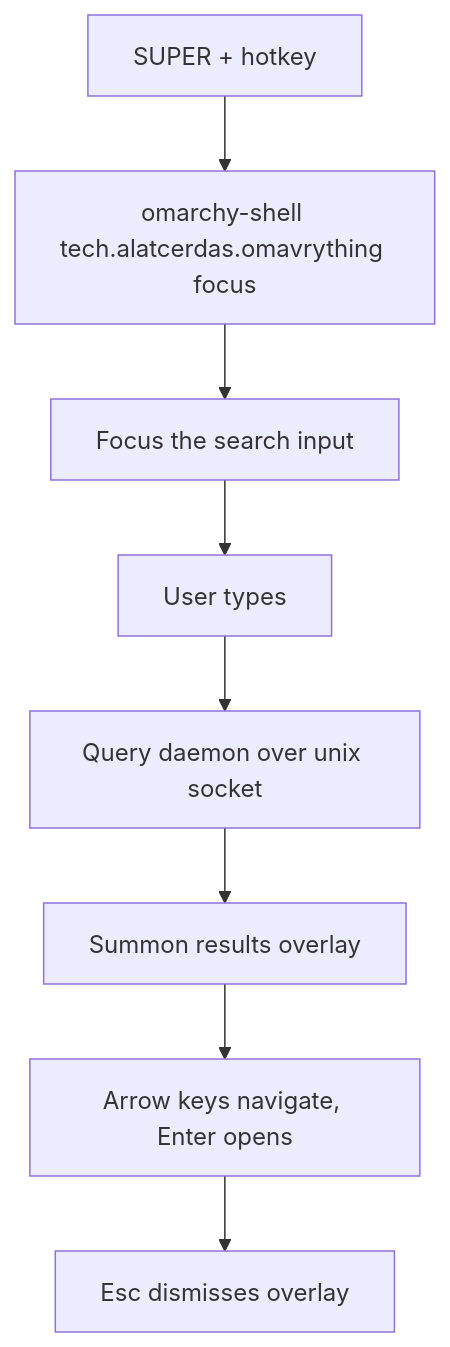
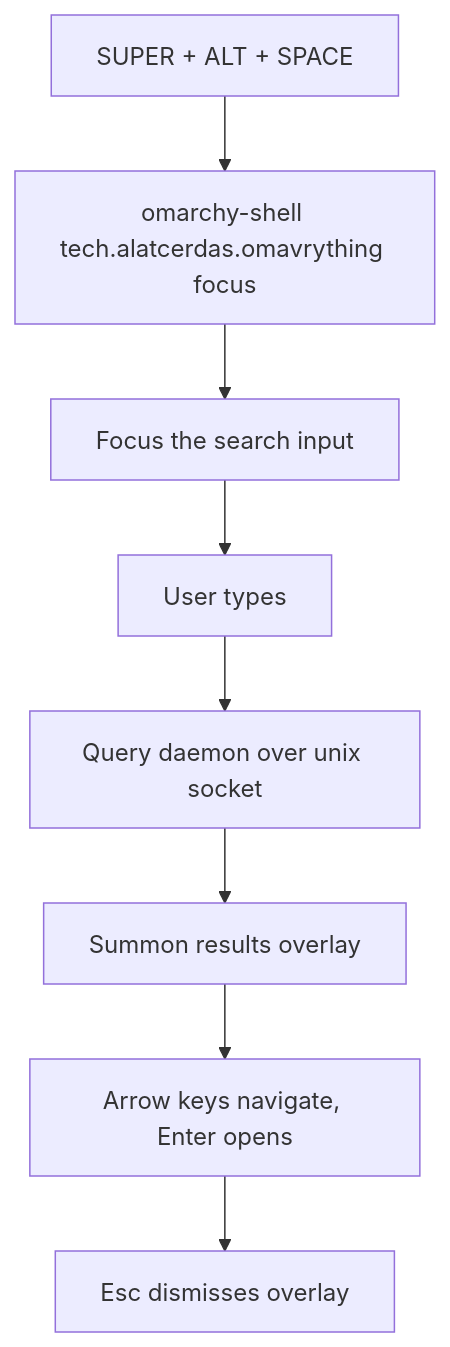
The fifth of 5 diagrams in docs/architecture.md (brrrassica/omavrything), drawn with Mermaid before and after one commit. The commit also changed other lines of this file and 12 other files, not shown here.

````diff
--- a/docs/architecture.md
+++ b/docs/architecture.md
@@ -266,10 +352,10 @@
 ```mermaid
 flowchart TD
-    HOTKEY[SUPER + hotkey] --> IPC[omarchy-shell tech.alatcerdas.omavrything focus]
+    HOTKEY[SUPER + ALT + SPACE] --> IPC[omarchy-shell tech.alatcerdas.omavrything focus]
     IPC --> FOCUS[Focus the search input]
     FOCUS --> TYPE[User types]
     TYPE --> QUERY[Query daemon over unix socket]
     QUERY --> SUMMON[Summon results overlay]
     SUMMON --> NAV[Arrow keys navigate, Enter opens]
     NAV --> ESC[Esc dismisses overlay]
 ```
````
